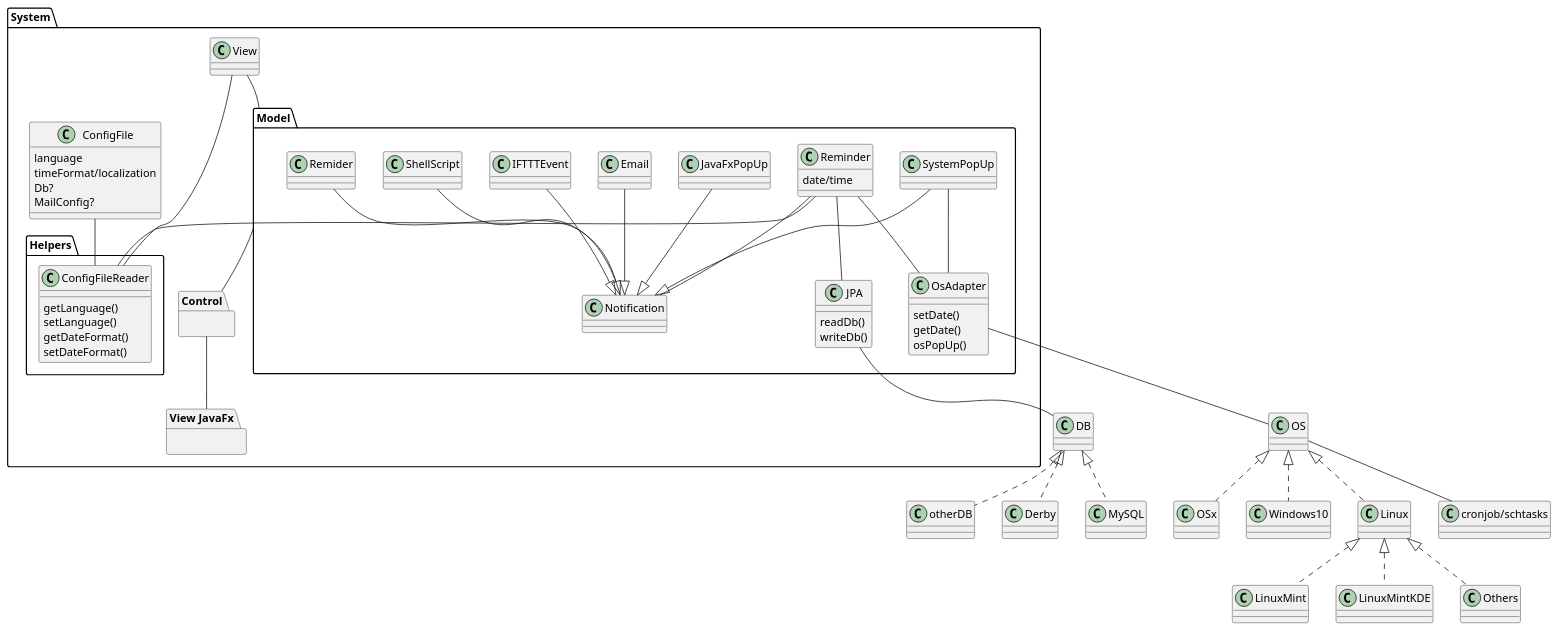
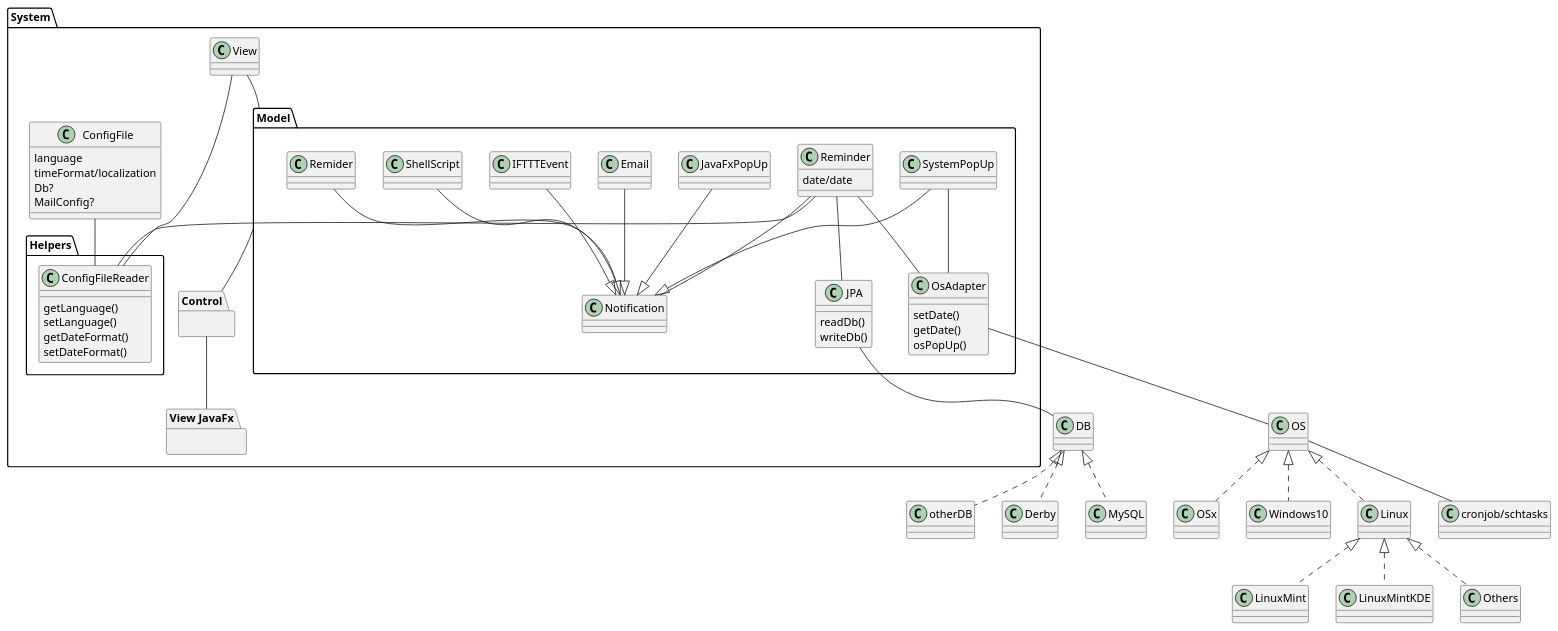
The diagram in doc/uml/uebersicht.plantuml (hyamsj/AlarmClock), drawn with PlantUML before and after one commit. The commit also changed 9 other files, not shown here.

```diff
--- a/doc/uml/uebersicht.plantuml
+++ b/doc/uml/uebersicht.plantuml
@@ -1,75 +1,75 @@
 @startuml
 class OS
 package "System" {
 
 package "View JavaFx" {}
 package "Control" {}
 package "Helpers" {
 
 class ConfigFileReader{
 getLanguage()
 setLanguage()
 getDateFormat()
 setDateFormat()
 }
 
 }
 
 package "Model" {
 class OsAdapter{
 setDate()
 getDate()
 osPopUp()
 }
 
 OsAdapter -- OS
 
 
 class Reminder{
-date/time
+date/date
 }
 class JPA{
 readDb()
 writeDb()
 }
 Reminder --OsAdapter
 Reminder -- JPA
 
 Remider --Notification
 JavaFxPopUp--|>Notification
 SystemPopUp--|>Notification
 Email--|>Notification
 IFTTTEvent--|>Notification
 ShellScript--|>Notification
 
 SystemPopUp -- OsAdapter
 }
 View -- Model
 Model-- Control
 Control -- "View JavaFx"
 
 class ConfigFile{
 language
 timeFormat/localization
 Db?
 MailConfig?
 }
 ConfigFile--ConfigFileReader
 View--ConfigFileReader
 Reminder--ConfigFileReader
 Reminder--Notification
 }
 JPA -- DB
 DB <|.. Derby
 DB <|.. MySQL
 DB <|.. otherDB
 
 
 OS--"cronjob/schtasks"
 OS<|.. OSx
 OS<|.. Windows10
 OS<|.. Linux
 Linux<|.. LinuxMint
 Linux<|.. LinuxMintKDE
 Linux<|.. Others
 @enduml
```
